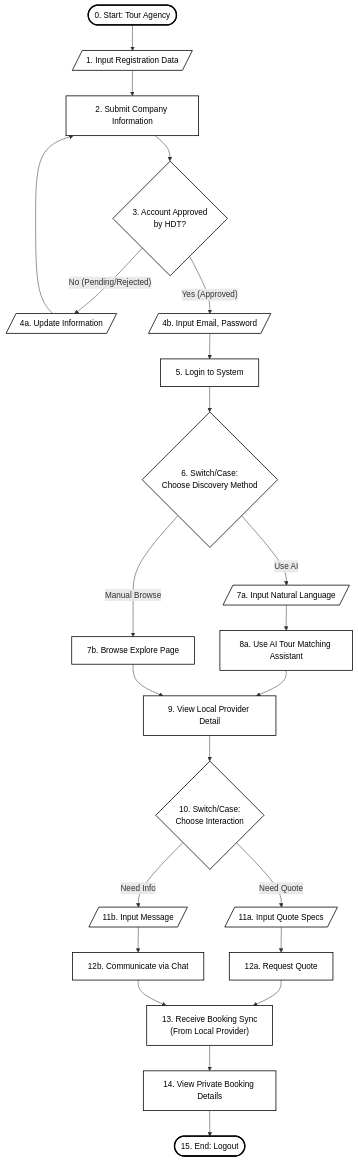
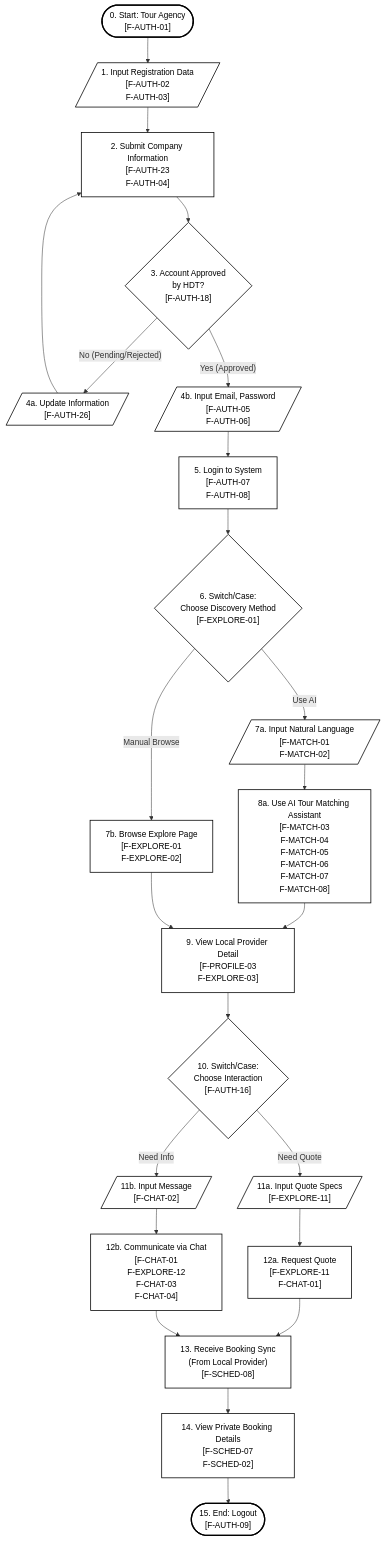
One commit to JustACertainBlue/dbiz3-team-g changed the third of 4 diagrams in docs/spec/docs/architecture/usage flow.md. Above: the diagram before and after it, drawn with Mermaid. The commit also changed other lines of this file, not shown here.

````diff
--- a/docs/spec/docs/architecture/usage flow.md
+++ b/docs/spec/docs/architecture/usage flow.md
@@ -65,38 +62,35 @@
 ```mermaid
 graph TD
   classDef default fill:#FFFFFF,stroke:#000000,stroke-width:1.5px,color:#000000;
   classDef startend fill:#FFFFFF,stroke:#000000,stroke-width:2.5px,color:#000000;
-  TA_Start(["0. Start: Tour Agency"])
-  TA1[/"1. Input Registration Data"/]
-  TA2["2. Submit Company Information"]
-  %% Binary Decision
-  TA3{"3. Account Approved\nby HDT?"}
-  TA4[/"4a. Update Information"/]
-  TA5[/"4b. Input Email, Password"/]
-  TA6["5. Login to System"]
-  %% Switch/Case Decision
-  TA7{"6. Switch/Case:\nChoose Discovery Method"}
-  TA8[/"7a. Input Natural Language"/]
-  TA9["8a. Use AI Tour Matching Assistant"]
-  TA10["7b. Browse Explore Page"]
-  TA11["9. View Local Provider Detail"]
-  %% Switch/Case Decision
-  TA12{"10. Switch/Case:\nChoose Interaction"}
-  TA13[/"11a. Input Quote Specs"/]
-  TA14["12a. Request Quote"]
-  TA15[/"11b. Input Message"/]
-  TA16["12b. Communicate via Chat"]
-  TA17["13. Receive Booking Sync\n(From Local Provider)"]
-  TA18["14. View Private Booking Details"]
-  TA_End(["15. End: Logout"])
+  TA_Start(["0. Start: Tour Agency\n[F-AUTH-01]"])
+  TA1[/"1. Input Registration Data\n[F-AUTH-02\nF-AUTH-03]"/]
+  TA2["2. Submit Company Information\n[F-AUTH-23\nF-AUTH-04]"]
+  TA3{"3. Account Approved\nby HDT?\n[F-AUTH-18]"}
+  TA4[/"4a. Update Information\n[F-AUTH-26]"/]
+  TA5[/"4b. Input Email, Password\n[F-AUTH-05\nF-AUTH-06]"/]
+  TA6["5. Login to System\n[F-AUTH-07\nF-AUTH-08]"]
+  TA7{"6. Switch/Case:\nChoose Discovery Method\n[F-EXPLORE-01]"}
+  TA8[/"7a. Input Natural Language\n[F-MATCH-01\nF-MATCH-02]"/]
+  TA9["8a. Use AI Tour Matching Assistant\n[F-MATCH-03\nF-MATCH-04\nF-MATCH-05\nF-MATCH-06\nF-MATCH-07\nF-MATCH-08]"]
+  TA10["7b. Browse Explore Page\n[F-EXPLORE-01\nF-EXPLORE-02]"]
+  TA11["9. View Local Provider Detail\n[F-PROFILE-03\nF-EXPLORE-03]"]
+  TA12{"10. Switch/Case:\nChoose Interaction\n[F-AUTH-16]"}
+  TA13[/"11a. Input Quote Specs\n[F-EXPLORE-11]"/]
+  TA14["12a. Request Quote\n[F-EXPLORE-11\nF-CHAT-01]"]
+  TA15[/"11b. Input Message\n[F-CHAT-02]"/]
+  TA16["12b. Communicate via Chat\n[F-CHAT-01\nF-EXPLORE-12\nF-CHAT-03\nF-CHAT-04]"]
+  TA17["13. Receive Booking Sync\n(From Local Provider)\n[F-SCHED-08]"]
+  TA18["14. View Private Booking Details\n[F-SCHED-07\nF-SCHED-02]"]
+  TA_End(["15. End: Logout\n[F-AUTH-09]"])
   TA_Start --> TA1 --> TA2 --> TA3
   TA3 -- "No (Pending/Rejected)" --> TA4 --> TA2
   TA3 -- "Yes (Approved)" --> TA5 --> TA6 --> TA7
   TA7 -- "Use AI" --> TA8 --> TA9 --> TA11
   TA7 -- "Manual Browse" --> TA10 --> TA11
   TA11 --> TA12
   TA12 -- "Need Quote" --> TA13 --> TA14 --> TA17
   TA12 -- "Need Info" --> TA15 --> TA16 --> TA17
   TA17 --> TA18 --> TA_End
   class TA_Start,TA_End startend;
 ```
````
